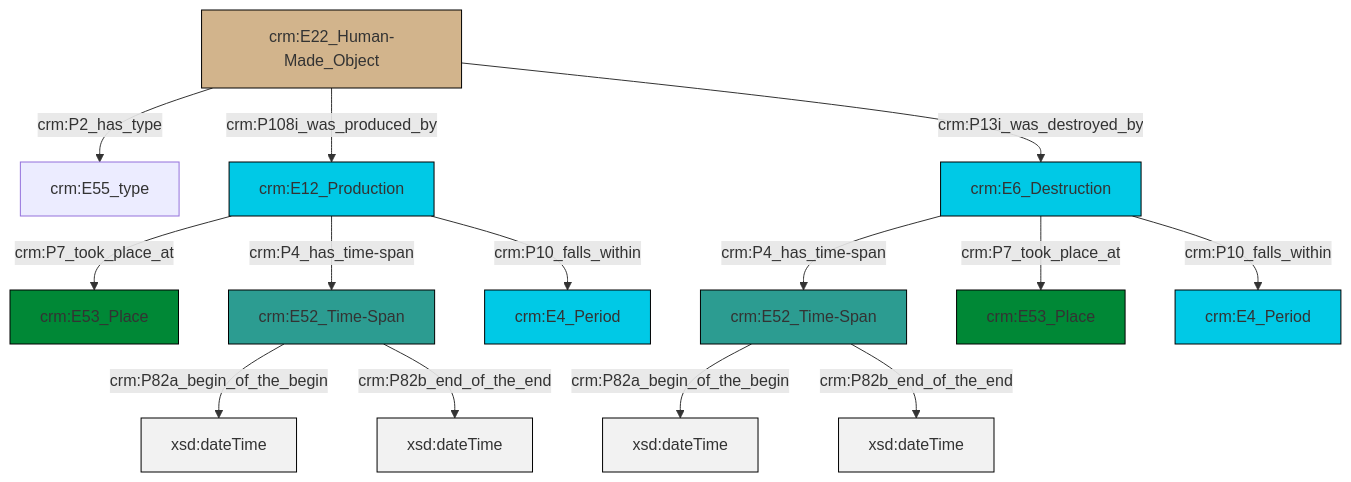
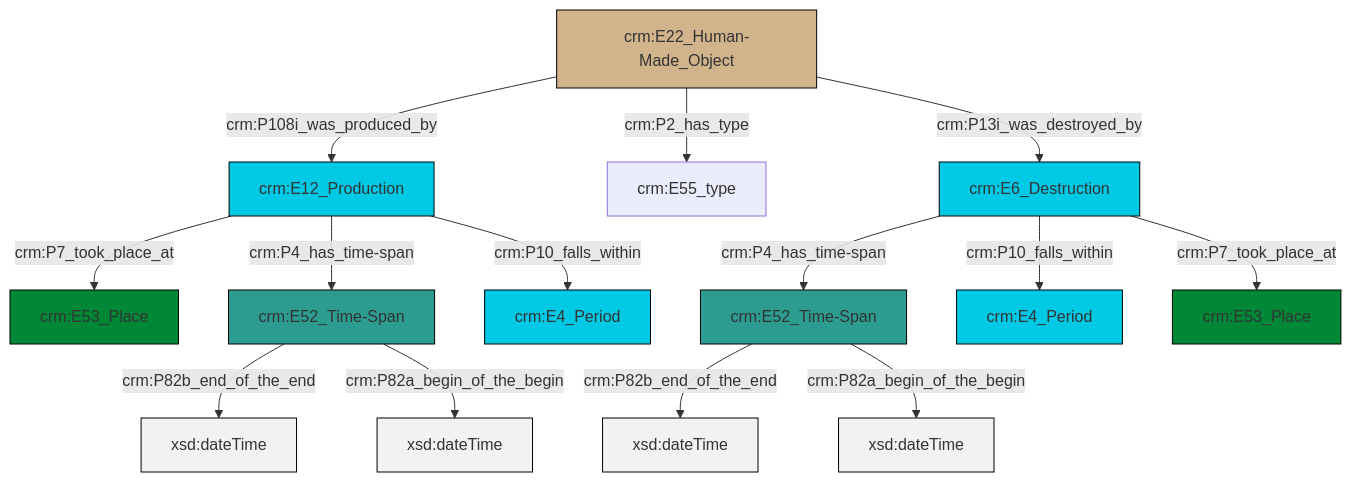
One commit to swiss-art-research-net/docs.swissartresearch changed the diagram in et/builtWorkCSV/ttl/mmd/Built_Work_existence.ttl.mmd. Above: the diagram before and after it, drawn with Mermaid. The commit also changed 175 other files, not shown here.

```diff
--- a/et/builtWorkCSV/ttl/mmd/Built_Work_existence.ttl.mmd
+++ b/et/builtWorkCSV/ttl/mmd/Built_Work_existence.ttl.mmd
@@ -1,28 +1,28 @@
 graph TD
 classDef Literal fill:#f2f2f2,stroke:#000000;
 classDef CRM_Entity fill:#FFFFFF,stroke:#000000;
 classDef Temporal_Entity fill:#00C9E6, stroke:#000000;
 classDef Type fill:#E18312, stroke:#000000;
 classDef Time-Span fill:#2C9C91, stroke:#000000;
 classDef Appellation fill:#FFEB7F, stroke:#000000;
 classDef Place fill:#008836, stroke:#000000;
 classDef Persistent_Item fill:#B266B2, stroke:#000000;
 classDef Conceptual_Object fill:#FFD700, stroke:#000000;
 classDef Physical_Thing fill:#D2B48C, stroke:#000000;
 classDef Actor fill:#f58aad, stroke:#000000;
 classDef PC_Classes fill:#4ce600, stroke:#000000;
 classDef Multi fill:#cccccc,stroke:#000000;
 
-0["crm:E52_Time-Span"]:::Time-Span -->|crm:P82a_begin_of_the_begin| 1[xsd:dateTime]:::Literal
-2["crm:E22_Human-Made_Object"]:::Physical_Thing -->|crm:P2_has_type| 3["crm:E55_type"]:::Default
-6["crm:E12_Production"]:::Temporal_Entity -->|crm:P7_took_place_at| 7["crm:E53_Place"]:::Place
-0["crm:E52_Time-Span"]:::Time-Span -->|crm:P82b_end_of_the_end| 8[xsd:dateTime]:::Literal
-4["crm:E52_Time-Span"]:::Time-Span -->|crm:P82a_begin_of_the_begin| 9[xsd:dateTime]:::Literal
-2["crm:E22_Human-Made_Object"]:::Physical_Thing -->|crm:P108i_was_produced_by| 6["crm:E12_Production"]:::Temporal_Entity
-2["crm:E22_Human-Made_Object"]:::Physical_Thing -->|crm:P13i_was_destroyed_by| 10["crm:E6_Destruction"]:::Temporal_Entity
-10["crm:E6_Destruction"]:::Temporal_Entity -->|crm:P4_has_time-span| 4["crm:E52_Time-Span"]:::Time-Span
-6["crm:E12_Production"]:::Temporal_Entity -->|crm:P4_has_time-span| 0["crm:E52_Time-Span"]:::Time-Span
-6["crm:E12_Production"]:::Temporal_Entity -->|crm:P10_falls_within| 12["crm:E4_Period"]:::Temporal_Entity
-10["crm:E6_Destruction"]:::Temporal_Entity -->|crm:P7_took_place_at| 18["crm:E53_Place"]:::Place
-4["crm:E52_Time-Span"]:::Time-Span -->|crm:P82b_end_of_the_end| 20[xsd:dateTime]:::Literal
-10["crm:E6_Destruction"]:::Temporal_Entity -->|crm:P10_falls_within| 14["crm:E4_Period"]:::Temporal_Entity
+0["crm:E12_Production"]:::Temporal_Entity -->|crm:P7_took_place_at| 1["crm:E53_Place"]:::Place
+2["crm:E52_Time-Span"]:::Time-Span -->|crm:P82b_end_of_the_end| 3[xsd:dateTime]:::Literal
+0["crm:E12_Production"]:::Temporal_Entity -->|crm:P10_falls_within| 4["crm:E4_Period"]:::Temporal_Entity
+5["crm:E52_Time-Span"]:::Time-Span -->|crm:P82b_end_of_the_end| 6[xsd:dateTime]:::Literal
+8["crm:E22_Human-Made_Object"]:::Physical_Thing -->|crm:P2_has_type| 9["crm:E55_type"]:::Default
+0["crm:E12_Production"]:::Temporal_Entity -->|crm:P4_has_time-span| 5["crm:E52_Time-Span"]:::Time-Span
+14["crm:E6_Destruction"]:::Temporal_Entity -->|crm:P10_falls_within| 12["crm:E4_Period"]:::Temporal_Entity
+14["crm:E6_Destruction"]:::Temporal_Entity -->|crm:P7_took_place_at| 16["crm:E53_Place"]:::Place
+2["crm:E52_Time-Span"]:::Time-Span -->|crm:P82a_begin_of_the_begin| 19[xsd:dateTime]:::Literal
+14["crm:E6_Destruction"]:::Temporal_Entity -->|crm:P4_has_time-span| 2["crm:E52_Time-Span"]:::Time-Span
+8["crm:E22_Human-Made_Object"]:::Physical_Thing -->|crm:P108i_was_produced_by| 0["crm:E12_Production"]:::Temporal_Entity
+5["crm:E52_Time-Span"]:::Time-Span -->|crm:P82a_begin_of_the_begin| 21[xsd:dateTime]:::Literal
+8["crm:E22_Human-Made_Object"]:::Physical_Thing -->|crm:P13i_was_destroyed_by| 14["crm:E6_Destruction"]:::Temporal_Entity
```
